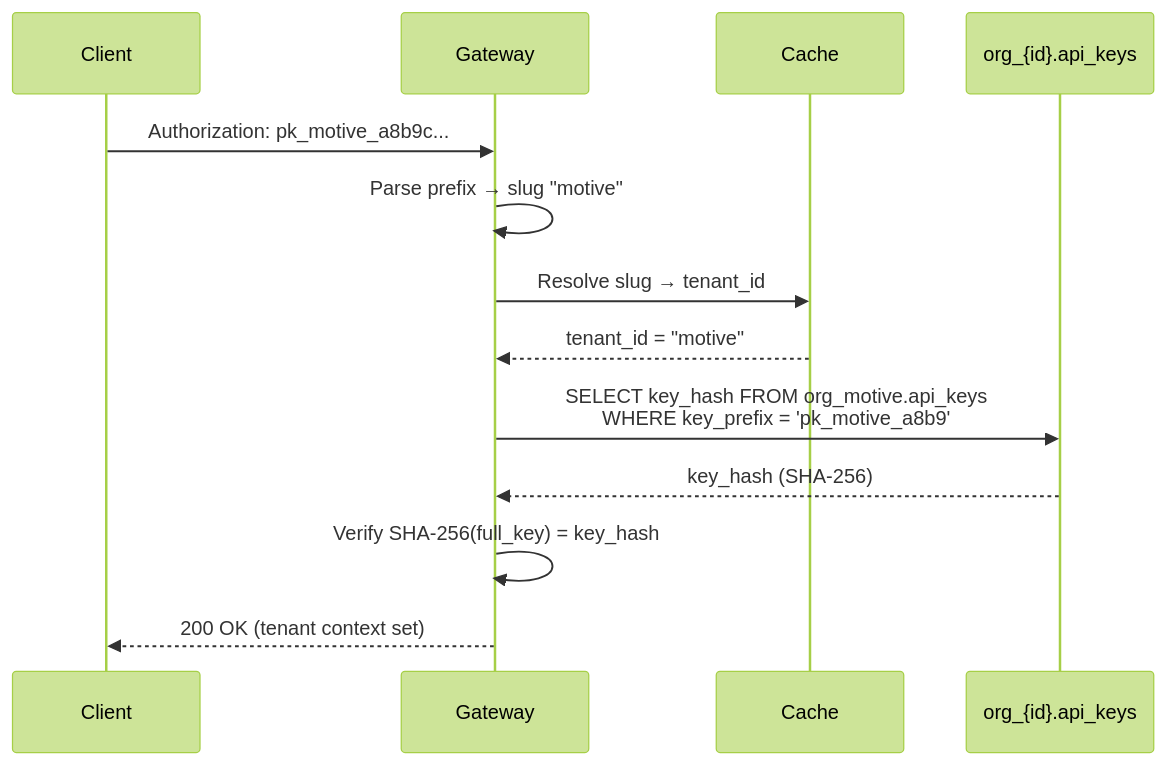
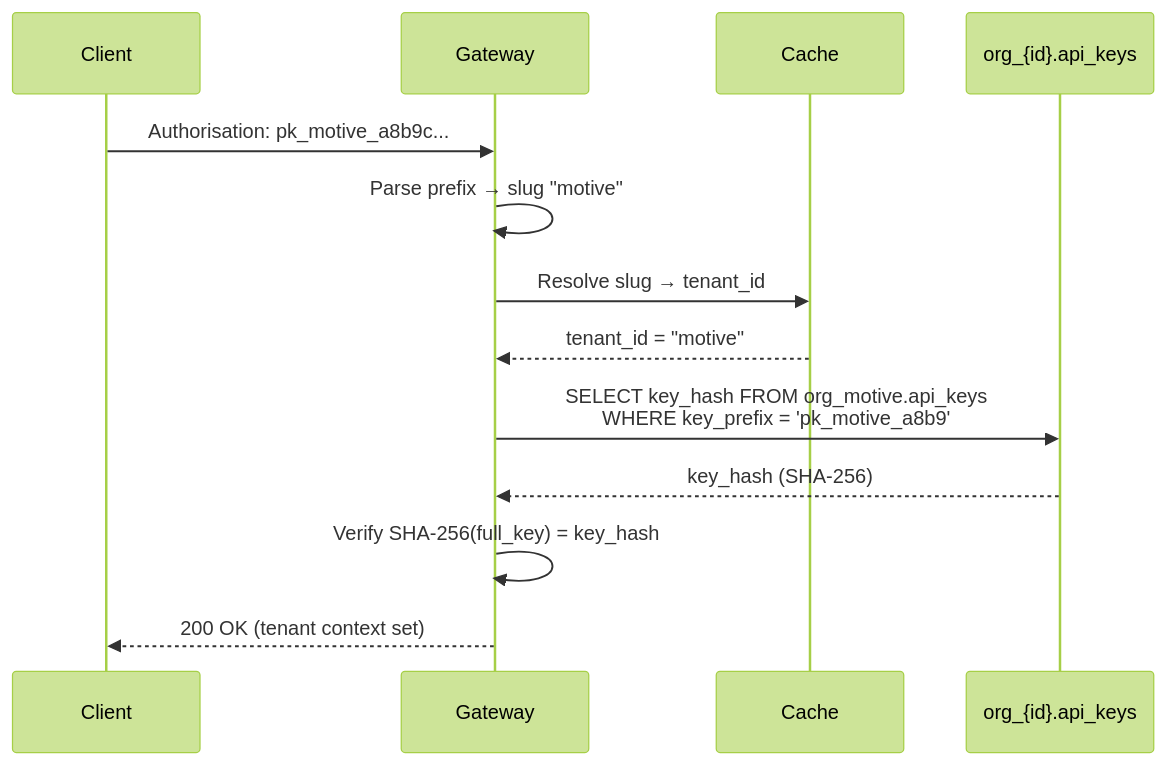
The fourth of 11 diagrams in docs/prd/014-control-plane.md (meridianhub/meridian), drawn with Mermaid (forest theme) before and after one commit. The commit also changed other lines of this file and 126 other files, not shown here.

````diff
--- a/docs/prd/014-control-plane.md
+++ b/docs/prd/014-control-plane.md
@@ -425,16 +425,16 @@
 ```mermaid
 sequenceDiagram
     participant Client
     participant Gateway
     participant Cache
     participant TenantDB as org_{id}.api_keys
 
-    Client->>Gateway: Authorization: pk_motive_a8b9c...
+    Client->>Gateway: Authorisation: pk_motive_a8b9c...
     Gateway->>Gateway: Parse prefix → slug "motive"
     Gateway->>Cache: Resolve slug → tenant_id
     Cache-->>Gateway: tenant_id = "motive"
     Gateway->>TenantDB: SELECT key_hash FROM org_motive.api_keys<br/>WHERE key_prefix = 'pk_motive_a8b9'
     TenantDB-->>Gateway: key_hash (SHA-256)
     Gateway->>Gateway: Verify SHA-256(full_key) = key_hash
     Gateway-->>Client: 200 OK (tenant context set)
 ```
````
